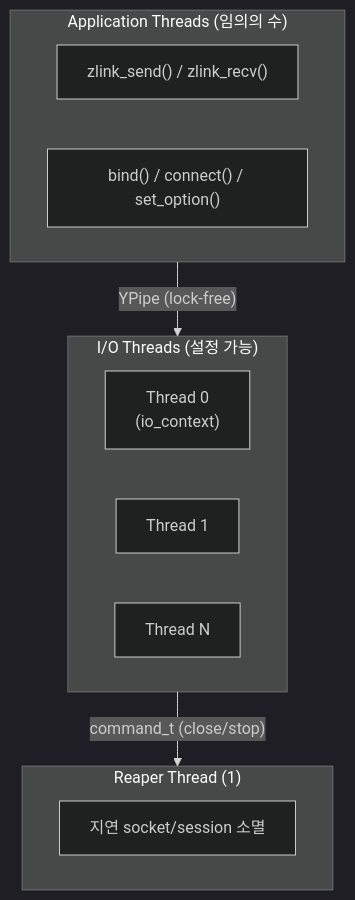
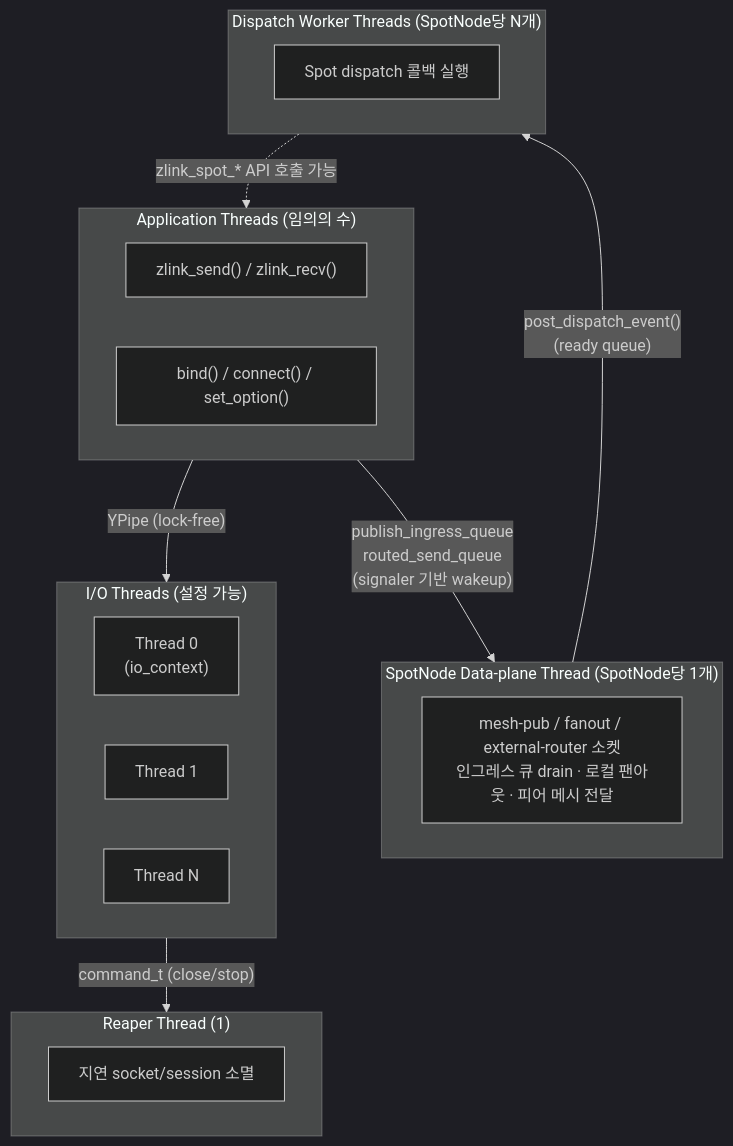
One commit to kairos-code-dev/zlink changed the first of 2 diagrams in doc/internals/threading-model.ko.md. Above: the diagram before and after it, drawn with Mermaid (dark theme). The commit also changed other lines of this file and 25 other files, not shown here.

Commit message:
Implement spot publish ingress data plane

````diff
--- a/doc/internals/threading-model.ko.md
+++ b/doc/internals/threading-model.ko.md
@@ -31,19 +33,28 @@
 ```mermaid
 flowchart TB
     subgraph APP["Application Threads (임의의 수)"]
         direction LR
         A1["zlink_send() / zlink_recv()"]
         A2["bind() / connect() / set_option()"]
     end
     subgraph IO["I/O Threads (설정 가능)"]
         direction LR
         T0["Thread 0\n(io_context)"]
         T1["Thread 1"]
         TN["Thread N"]
     end
     subgraph REAPER["Reaper Thread (1)"]
         R1["지연 socket/session 소멸"]
     end
+    subgraph SPOT_DATA["SpotNode Data-plane Thread (SpotNode당 1개)"]
+        DP["mesh-pub / fanout / external-router 소켓\n인그레스 큐 drain · 로컬 팬아웃 · 피어 메시 전달"]
+    end
+    subgraph SPOT_WORKERS["Dispatch Worker Threads (SpotNode당 N개)"]
+        W1["Spot dispatch 콜백 실행"]
+    end
     APP -- "YPipe (lock-free)" --> IO
     IO -- "command_t (close/stop)" --> REAPER
+    APP -- "publish_ingress_queue\nrouted_send_queue\n(signaler 기반 wakeup)" --> SPOT_DATA
+    SPOT_DATA -- "post_dispatch_event()\n(ready queue)" --> SPOT_WORKERS
+    SPOT_WORKERS -. "zlink_spot_* API 호출 가능" .-> APP
 ```
````
